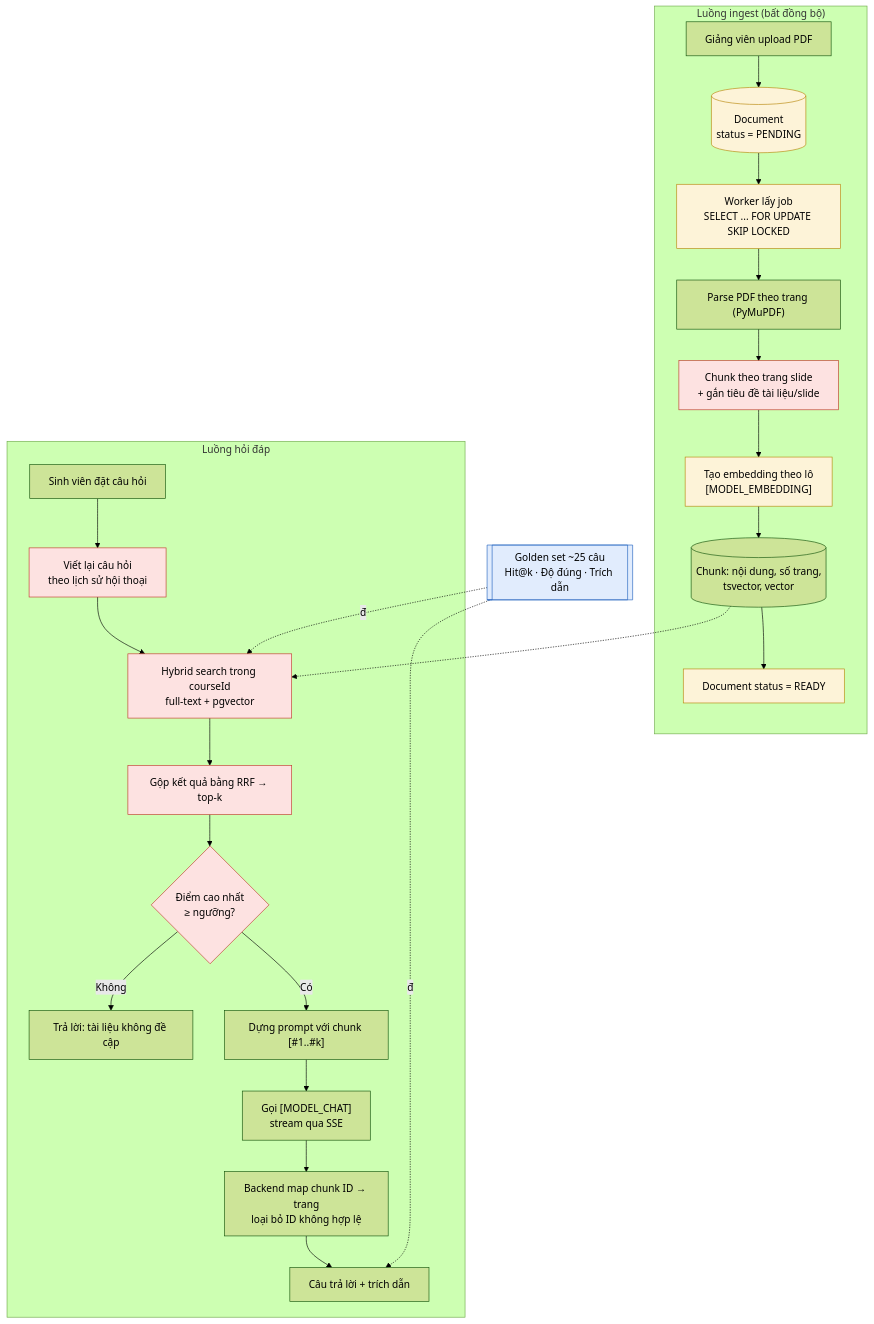
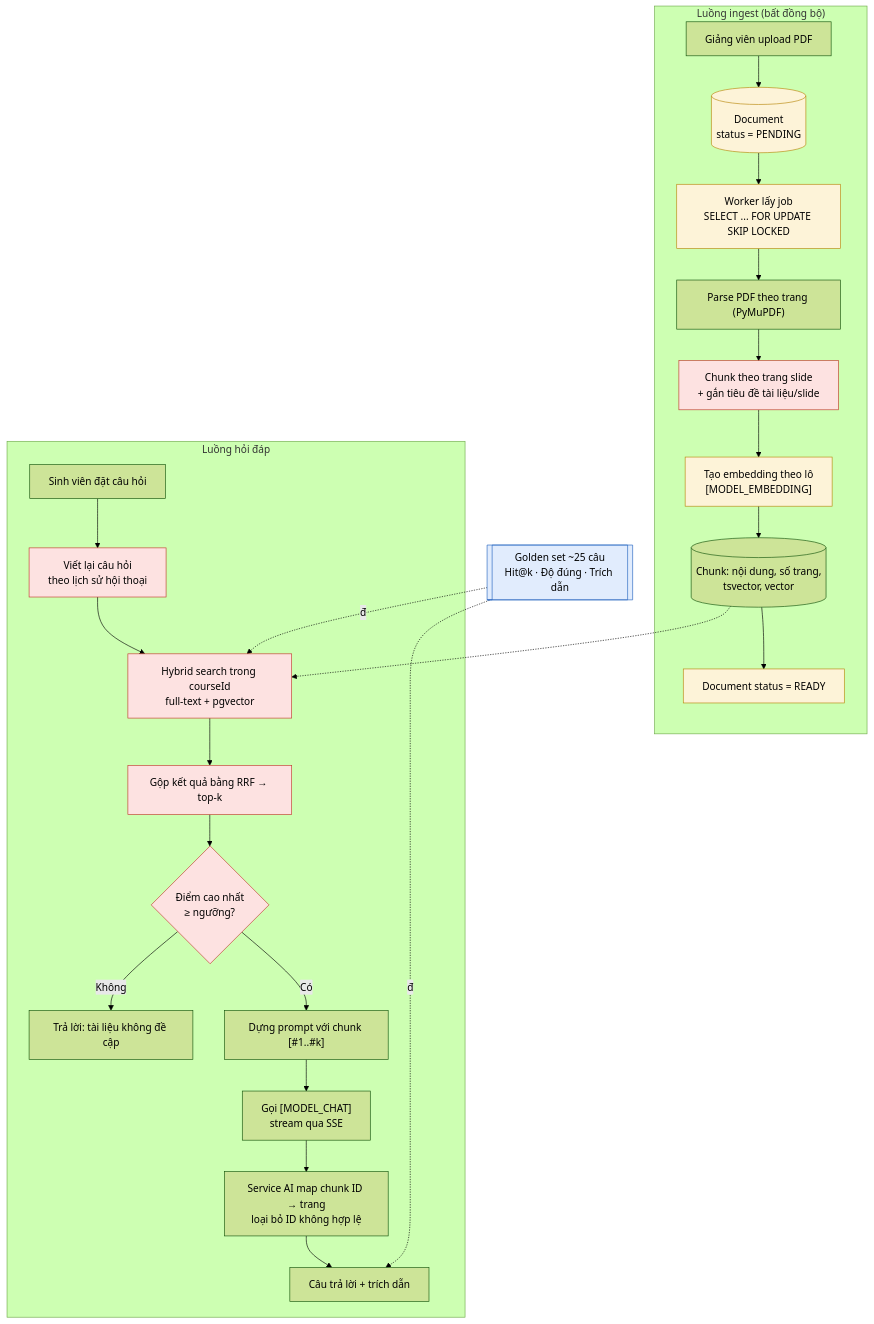
Before and after one commit to ducmanhcsuit/StudyMate: the diagram in docs/06-thach-thuc-va-huong-phat-trien.md, drawn with Mermaid (forest theme). The commit also changed other lines of this file and 4 other files, not shown here.

````diff
--- a/docs/06-thach-thuc-va-huong-phat-trien.md
+++ b/docs/06-thach-thuc-va-huong-phat-trien.md
@@ -9,35 +9,35 @@
 ```mermaid
 flowchart TD
     subgraph Ingest["Luồng ingest (bất đồng bộ)"]
         U[Giảng viên upload PDF] --> D[(Document<br/>status = PENDING)]
         D --> W["Worker lấy job<br/>SELECT ... FOR UPDATE SKIP LOCKED"]
         W --> P["Parse PDF theo trang (PyMuPDF)"]
         P --> C["Chunk theo trang slide<br/>+ gắn tiêu đề tài liệu/slide"]
         C --> E["Tạo embedding theo lô<br/>[MODEL_EMBEDDING]"]
         E --> S[("Chunk: nội dung, số trang,<br/>tsvector, vector")]
         S --> R1[Document status = READY]
     end
 
     subgraph Query["Luồng hỏi đáp"]
         Q[Sinh viên đặt câu hỏi] --> RW["Viết lại câu hỏi<br/>theo lịch sử hội thoại"]
         RW --> HS["Hybrid search trong courseId<br/>full-text + pgvector"]
         HS --> RRF[Gộp kết quả bằng RRF → top-k]
         RRF --> TH{"Điểm cao nhất<br/>≥ ngưỡng?"}
         TH -- Không --> NF["Trả lời: tài liệu không đề cập"]
         TH -- Có --> PR["Dựng prompt với chunk [#1..#k]"]
         PR --> LLM["Gọi [MODEL_CHAT]<br/>stream qua SSE"]
-        LLM --> MAP["Backend map chunk ID → trang<br/>loại bỏ ID không hợp lệ"]
+        LLM --> MAP["Service AI map chunk ID → trang<br/>loại bỏ ID không hợp lệ"]
         MAP --> A[Câu trả lời + trích dẫn]
     end
 
     S -.-> HS
     GS[["Golden set ~25 câu<br/>Hit@k · Độ đúng · Trích dẫn"]] -.đo.-> HS
     GS -.đo.-> A
 
     classDef n1 fill:#fde2e1,stroke:#c0392b,color:#000
     classDef n2 fill:#e1ecfd,stroke:#2463c0,color:#000
     classDef n3 fill:#fdf3d8,stroke:#b7860b,color:#000
     class C,RW,HS,RRF,TH n1
     class GS n2
     class D,W,E,R1 n3
 ```
````
